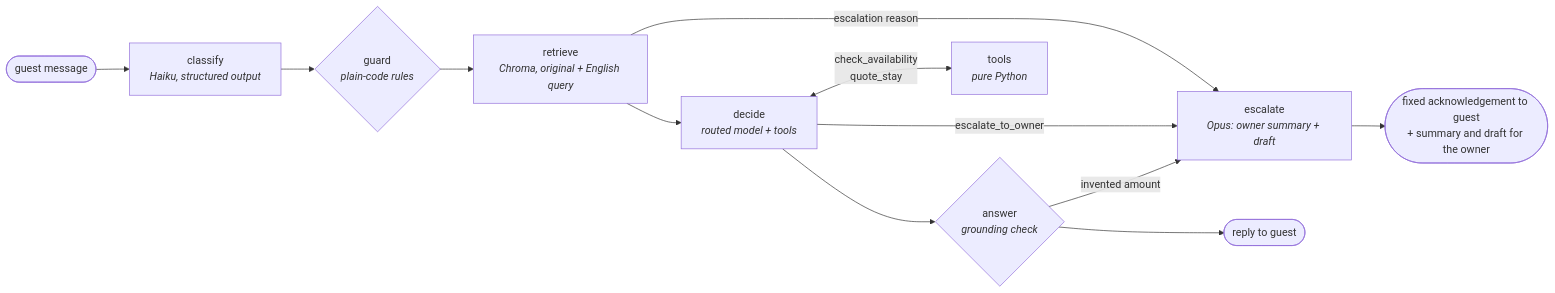
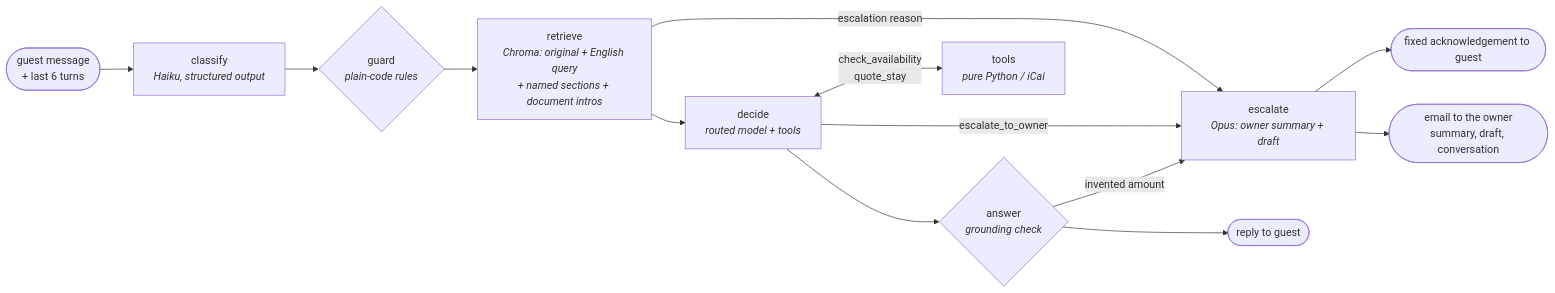
Before and after one commit to Talyon93/llmweroad: the first of 2 diagrams in README.md, drawn with Mermaid. The commit also changed other lines of this file and 1 other file, not shown here.

````diff
--- a/README.md
+++ b/README.md
@@ -35,14 +74,15 @@
 ```mermaid
 flowchart LR
-    G([guest message]) --> C[classify<br/><i>Haiku, structured output</i>]
+    G([guest message<br/>+ last 6 turns]) --> C[classify<br/><i>Haiku, structured output</i>]
     C --> R{guard<br/><i>plain-code rules</i>}
-    R --> RT[retrieve<br/><i>Chroma, original + English query</i>]
+    R --> RT[retrieve<br/><i>Chroma: original + English query<br/>+ named sections + document intros</i>]
     RT -->|escalation reason| E
     RT --> D[decide<br/><i>routed model + tools</i>]
-    D <-->|check_availability<br/>quote_stay| T[tools<br/><i>pure Python</i>]
+    D <-->|check_availability<br/>quote_stay| T[tools<br/><i>pure Python / iCal</i>]
     D -->|escalate_to_owner| E[escalate<br/><i>Opus: owner summary + draft</i>]
     D --> A{answer<br/><i>grounding check</i>}
     A -->|invented amount| E
     A --> OUT([reply to guest])
-    E --> ACK([fixed acknowledgement to guest<br/>+ summary and draft for the owner])
+    E --> ACK([fixed acknowledgement to guest])
+    E --> M([email to the owner<br/>summary, draft, conversation])
 ```
````
